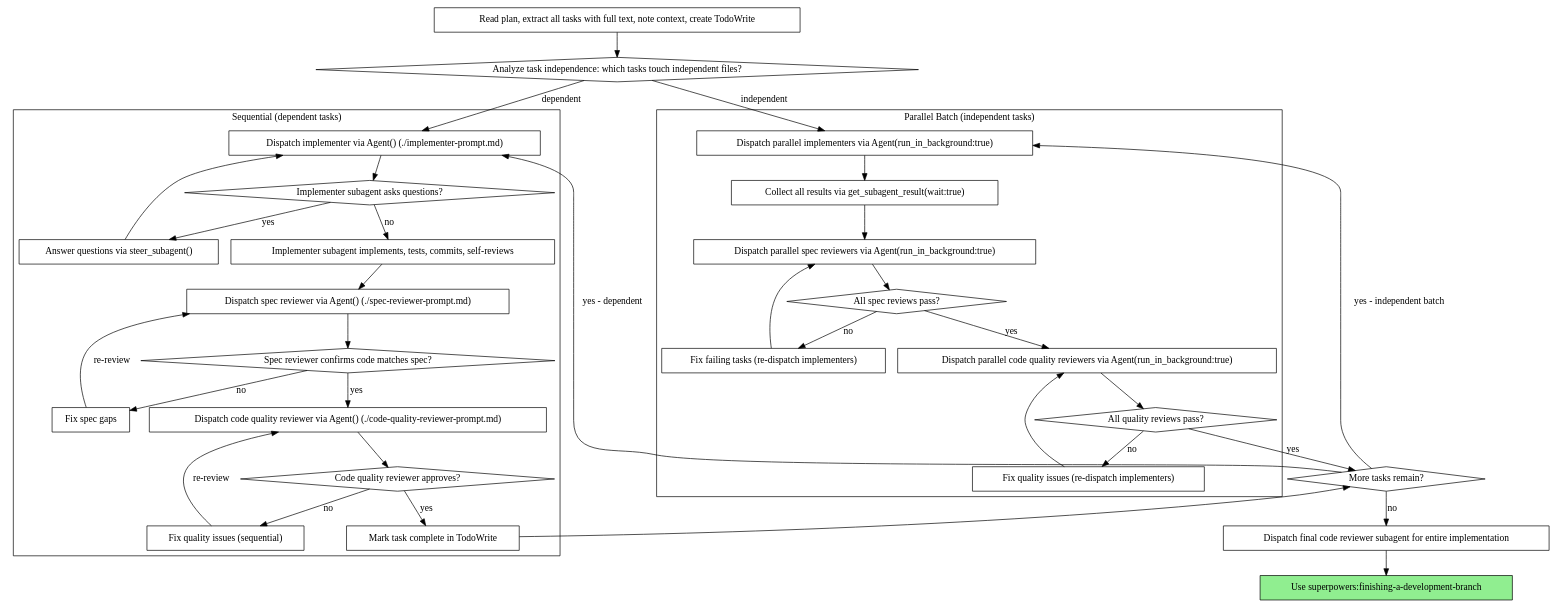
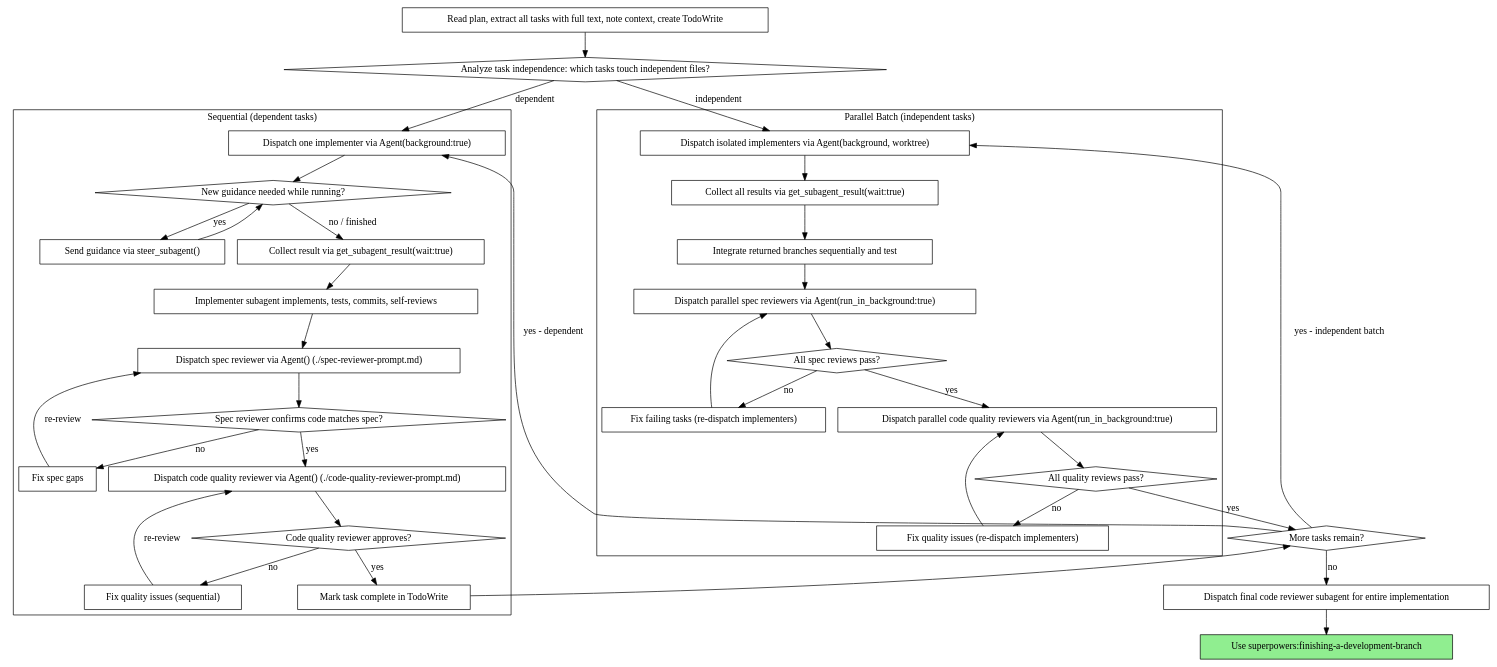
One commit to Nachompiras/pi-tools changed the second of 2 diagrams in skills/subagent-driven-development/SKILL.md. Above: the diagram before and after it, drawn with Graphviz. The commit also changed other lines of this file and 3 other files, not shown here.

````diff
--- a/skills/subagent-driven-development/SKILL.md
+++ b/skills/subagent-driven-development/SKILL.md
@@ -44,74 +44,78 @@
 ```dot
 digraph process {
     rankdir=TB;
 
     "Read plan, extract all tasks with full text, note context, create TodoWrite" [shape=box];
     "Analyze task independence: which tasks touch independent files?" [shape=diamond];
 
     subgraph cluster_parallel {
         label="Parallel Batch (independent tasks)";
-        "Dispatch parallel implementers via Agent(run_in_background:true)" [shape=box];
+        "Dispatch isolated implementers via Agent(background, worktree)" [shape=box];
         "Collect all results via get_subagent_result(wait:true)" [shape=box];
+        "Integrate returned branches sequentially and test" [shape=box];
         "Dispatch parallel spec reviewers via Agent(run_in_background:true)" [shape=box];
         "All spec reviews pass?" [shape=diamond];
         "Fix failing tasks (re-dispatch implementers)" [shape=box];
         "Dispatch parallel code quality reviewers via Agent(run_in_background:true)" [shape=box];
         "All quality reviews pass?" [shape=diamond];
         "Fix quality issues (re-dispatch implementers)" [shape=box];
     }
 
     subgraph cluster_sequential {
         label="Sequential (dependent tasks)";
-        "Dispatch implementer via Agent() (./implementer-prompt.md)" [shape=box];
-        "Implementer subagent asks questions?" [shape=diamond];
-        "Answer questions via steer_subagent()" [shape=box];
+        "Dispatch one implementer via Agent(background:true)" [shape=box];
+        "New guidance needed while running?" [shape=diamond];
+        "Send guidance via steer_subagent()" [shape=box];
+        "Collect result via get_subagent_result(wait:true)" [shape=box];
         "Implementer subagent implements, tests, commits, self-reviews" [shape=box];
         "Dispatch spec reviewer via Agent() (./spec-reviewer-prompt.md)" [shape=box];
         "Spec reviewer confirms code matches spec?" [shape=diamond];
         "Fix spec gaps" [shape=box];
         "Dispatch code quality reviewer via Agent() (./code-quality-reviewer-prompt.md)" [shape=box];
         "Code quality reviewer approves?" [shape=diamond];
         "Fix quality issues (sequential)" [shape=box];
         "Mark task complete in TodoWrite" [shape=box];
     }
 
     "More tasks remain?" [shape=diamond];
     "Dispatch final code reviewer subagent for entire implementation" [shape=box];
     "Use superpowers:finishing-a-development-branch" [shape=box style=filled fillcolor=lightgreen];
 
     "Read plan, extract all tasks with full text, note context, create TodoWrite" -> "Analyze task independence: which tasks touch independent files?";
-    "Analyze task independence: which tasks touch independent files?" -> "Dispatch parallel implementers via Agent(run_in_background:true)" [label="independent"];
-    "Analyze task independence: which tasks touch independent files?" -> "Dispatch implementer via Agent() (./implementer-prompt.md)" [label="dependent"];
+    "Analyze task independence: which tasks touch independent files?" -> "Dispatch isolated implementers via Agent(background, worktree)" [label="independent"];
+    "Analyze task independence: which tasks touch independent files?" -> "Dispatch one implementer via Agent(background:true)" [label="dependent"];
 
-    "Dispatch parallel implementers via Agent(run_in_background:true)" -> "Collect all results via get_subagent_result(wait:true)";
-    "Collect all results via get_subagent_result(wait:true)" -> "Dispatch parallel spec reviewers via Agent(run_in_background:true)";
+    "Dispatch isolated implementers via Agent(background, worktree)" -> "Collect all results via get_subagent_result(wait:true)";
+    "Collect all results via get_subagent_result(wait:true)" -> "Integrate returned branches sequentially and test";
+    "Integrate returned branches sequentially and test" -> "Dispatch parallel spec reviewers via Agent(run_in_background:true)";
     "Dispatch parallel spec reviewers via Agent(run_in_background:true)" -> "All spec reviews pass?";
     "All spec reviews pass?" -> "Fix failing tasks (re-dispatch implementers)" [label="no"];
     "Fix failing tasks (re-dispatch implementers)" -> "Dispatch parallel spec reviewers via Agent(run_in_background:true)";
     "All spec reviews pass?" -> "Dispatch parallel code quality reviewers via Agent(run_in_background:true)" [label="yes"];
     "Dispatch parallel code quality reviewers via Agent(run_in_background:true)" -> "All quality reviews pass?";
     "All quality reviews pass?" -> "Fix quality issues (re-dispatch implementers)" [label="no"];
     "Fix quality issues (re-dispatch implementers)" -> "Dispatch parallel code quality reviewers via Agent(run_in_background:true)";
     "All quality reviews pass?" -> "More tasks remain?" [label="yes"];
 
-    "Dispatch implementer via Agent() (./implementer-prompt.md)" -> "Implementer subagent asks questions?";
-    "Implementer subagent asks questions?" -> "Answer questions via steer_subagent()" [label="yes"];
-    "Answer questions via steer_subagent()" -> "Dispatch implementer via Agent() (./implementer-prompt.md)";
-    "Implementer subagent asks questions?" -> "Implementer subagent implements, tests, commits, self-reviews" [label="no"];
+    "Dispatch one implementer via Agent(background:true)" -> "New guidance needed while running?";
+    "New guidance needed while running?" -> "Send guidance via steer_subagent()" [label="yes"];
+    "Send guidance via steer_subagent()" -> "New guidance needed while running?";
+    "New guidance needed while running?" -> "Collect result via get_subagent_result(wait:true)" [label="no / finished"];
+    "Collect result via get_subagent_result(wait:true)" -> "Implementer subagent implements, tests, commits, self-reviews";
     "Implementer subagent implements, tests, commits, self-reviews" -> "Dispatch spec reviewer via Agent() (./spec-reviewer-prompt.md)";
     "Dispatch spec reviewer via Agent() (./spec-reviewer-prompt.md)" -> "Spec reviewer confirms code matches spec?";
     "Spec reviewer confirms code matches spec?" -> "Fix spec gaps" [label="no"];
     "Fix spec gaps" -> "Dispatch spec reviewer via Agent() (./spec-reviewer-prompt.md)" [label="re-review"];
     "Spec reviewer confirms code matches spec?" -> "Dispatch code quality reviewer via Agent() (./code-quality-reviewer-prompt.md)" [label="yes"];
     "Dispatch code quality reviewer via Agent() (./code-quality-reviewer-prompt.md)" -> "Code quality reviewer approves?";
     "Code quality reviewer approves?" -> "Fix quality issues (sequential)" [label="no"];
     "Fix quality issues (sequential)" -> "Dispatch code quality reviewer via Agent() (./code-quality-reviewer-prompt.md)" [label="re-review"];
     "Code quality reviewer approves?" -> "Mark task complete in TodoWrite" [label="yes"];
     "Mark task complete in TodoWrite" -> "More tasks remain?";
 
-    "More tasks remain?" -> "Dispatch implementer via Agent() (./implementer-prompt.md)" [label="yes - dependent"];
-    "More tasks remain?" -> "Dispatch parallel implementers via Agent(run_in_background:true)" [label="yes - independent batch"];
+    "More tasks remain?" -> "Dispatch one implementer via Agent(background:true)" [label="yes - dependent"];
+    "More tasks remain?" -> "Dispatch isolated implementers via Agent(background, worktree)" [label="yes - independent batch"];
     "More tasks remain?" -> "Dispatch final code reviewer subagent for entire implementation" [label="no"];
     "Dispatch final code reviewer subagent for entire implementation" -> "Use superpowers:finishing-a-development-branch";
 }
 ```
````
